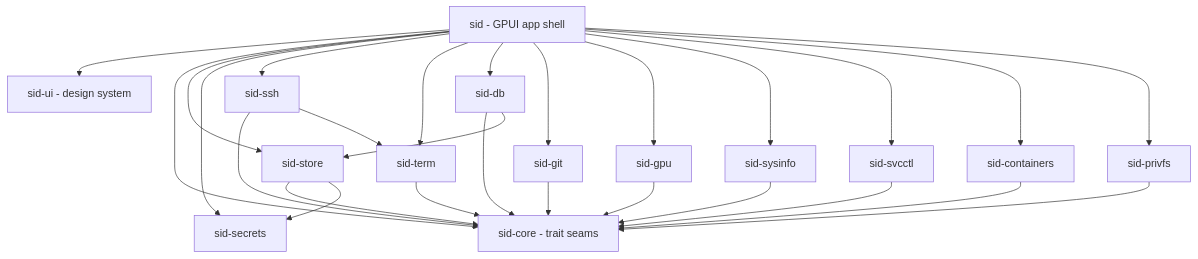
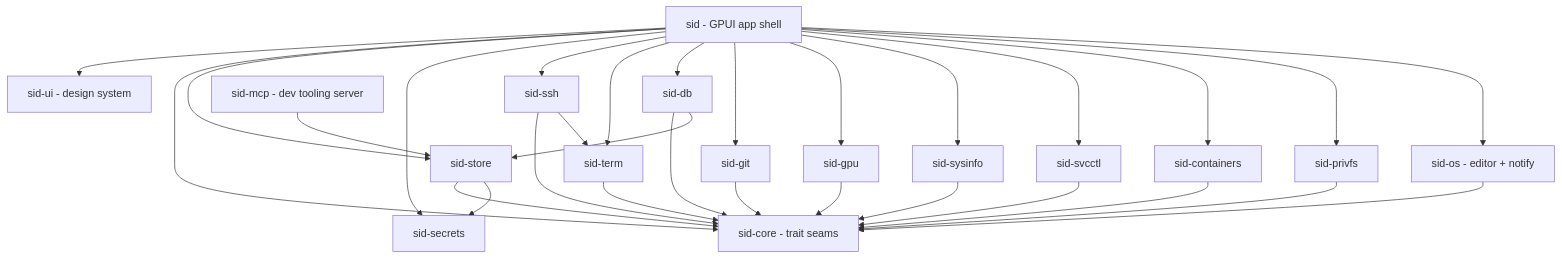
Before and after one commit to murphlmao/sid: the diagram in docs/ARCHITECTURE.md, drawn with Mermaid. The commit also changed other lines of this file and 8 other files, not shown here.

First line of the commit message:
docs: refresh HANDOFF and ARCHITECTURE from the tree; add sid-os CLAUDE.md

````diff
--- a/docs/ARCHITECTURE.md
+++ b/docs/ARCHITECTURE.md
@@ -11,29 +11,33 @@
 ```mermaid
 graph TD
     sid[sid - GPUI app shell]
     ui[sid-ui - design system]
     core[sid-core - trait seams]
     store[sid-store]
     secrets[sid-secrets]
     ssh[sid-ssh]
     term[sid-term]
     db[sid-db]
     git[sid-git]
     gpu[sid-gpu]
     sys[sid-sysinfo]
     svc[sid-svcctl]
     cont[sid-containers]
     priv[sid-privfs]
+    os[sid-os - editor + notify]
+    mcp[sid-mcp - dev tooling server]
 
-    sid --> ui & core & store & secrets & ssh & term & db & git & gpu & sys & svc & cont & priv
+    sid --> ui & core & store & secrets & ssh & term & db & git & gpu & sys & svc & cont & priv & os
+    mcp --> store
     store --> core & secrets
     db --> core & store
     ssh --> core & term
     term --> core
     git --> core
     gpu --> core
     sys --> core
     svc --> core
     cont --> core
     priv --> core
+    os --> core
 ```
````
